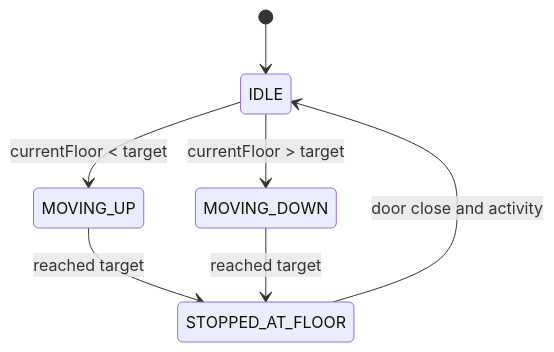
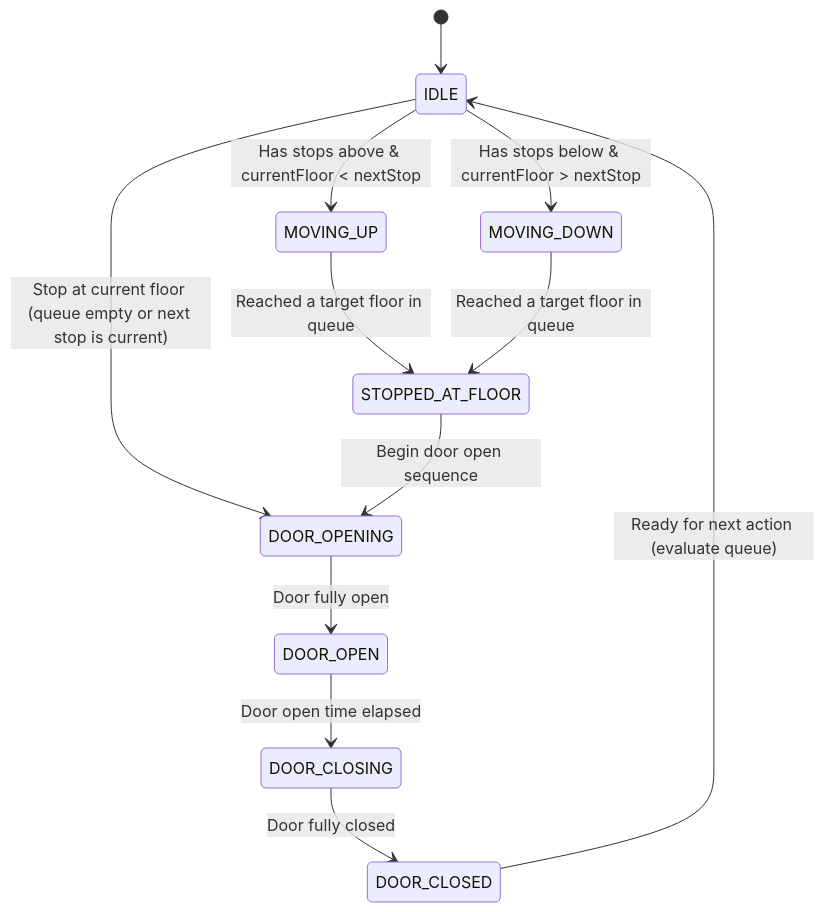
Before and after one commit to shammaihamilton/elevator-simulator: the second of 6 diagrams in README.md, drawn with Mermaid. The commit also changed other lines of this file, not shown here.

````diff
--- a/README.md
+++ b/README.md
@@ -50,9 +120,14 @@
 ```mermaid
 stateDiagram-v2
-  [*] --> IDLE
-  IDLE --> MOVING_UP : currentFloor < target
-  IDLE --> MOVING_DOWN : currentFloor > target
-  MOVING_UP --> STOPPED_AT_FLOOR : reached target
-  MOVING_DOWN --> STOPPED_AT_FLOOR : reached target
-  STOPPED_AT_FLOOR --> IDLE : door close and activity
+    [*] --> IDLE
+    IDLE --> MOVING_UP : Has stops above & currentFloor < nextStop
+    IDLE --> MOVING_DOWN : Has stops below & currentFloor > nextStop
+    IDLE --> DOOR_OPENING : Stop at current floor (queue empty or next stop is current)
+    MOVING_UP --> STOPPED_AT_FLOOR : Reached a target floor in queue
+    MOVING_DOWN --> STOPPED_AT_FLOOR : Reached a target floor in queue
+    STOPPED_AT_FLOOR --> DOOR_OPENING : Begin door open sequence
+    DOOR_OPENING --> DOOR_OPEN : Door fully open
+    DOOR_OPEN --> DOOR_CLOSING : Door open time elapsed
+    DOOR_CLOSING --> DOOR_CLOSED : Door fully closed
+    DOOR_CLOSED --> IDLE : Ready for next action (evaluate queue)
 ```
````
